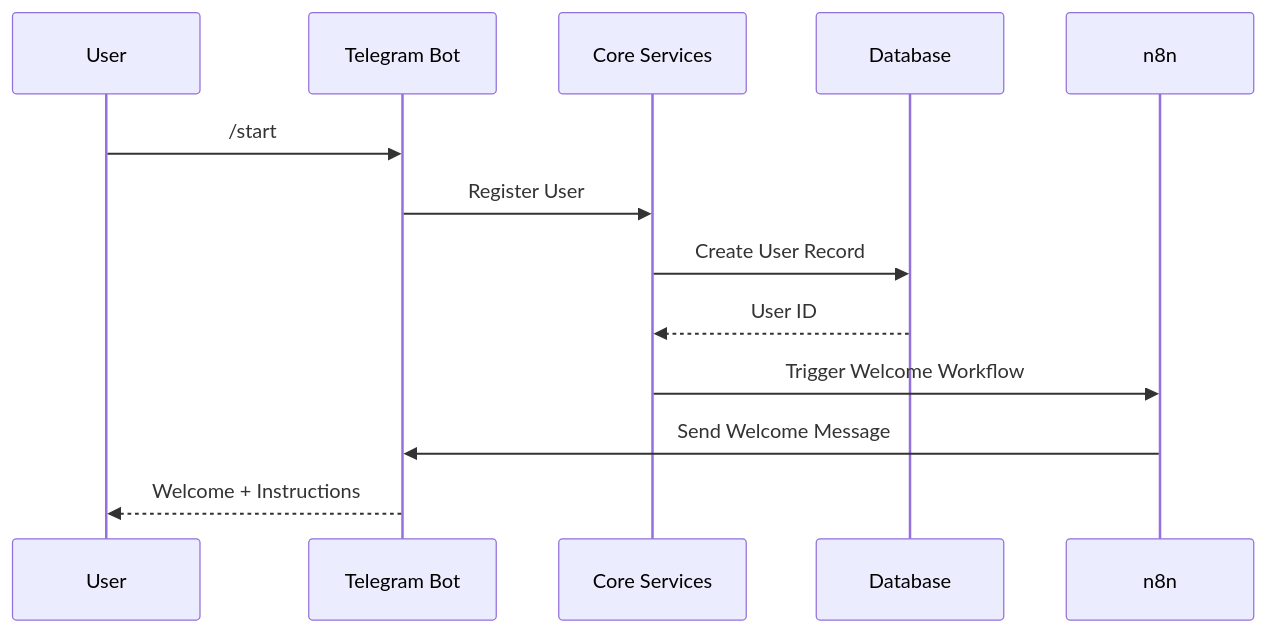
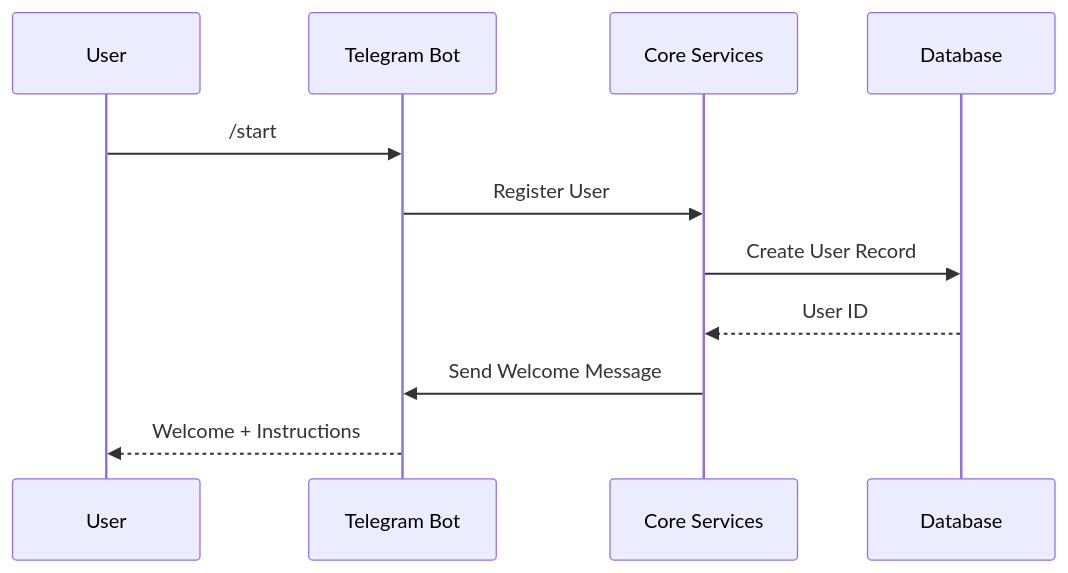
The first of 4 diagrams in doc/ARCHITECTURE.md (otinoff/GrantService), drawn with Mermaid before and after one commit. The commit also changed other lines of this file and 700 other files, not shown here.

````diff
--- a/doc/ARCHITECTURE.md
+++ b/doc/ARCHITECTURE.md
@@ -159,10 +159,9 @@
 ```mermaid
 sequenceDiagram
     User->>Telegram Bot: /start
     Telegram Bot->>Core Services: Register User
     Core Services->>Database: Create User Record
     Database-->>Core Services: User ID
-    Core Services->>n8n: Trigger Welcome Workflow
-    n8n->>Telegram Bot: Send Welcome Message
+    Core Services->>Telegram Bot: Send Welcome Message
     Telegram Bot-->>User: Welcome + Instructions
 ```
````
